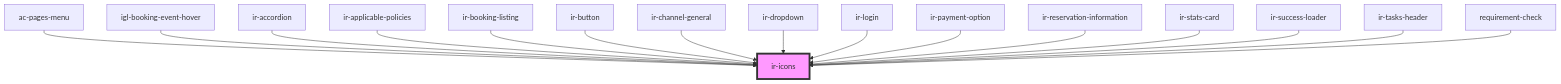
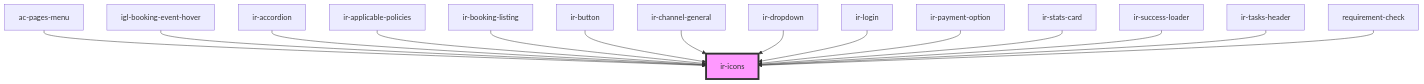
Before and after one commit to David1Chowaifaty/modified-ir-webcmp: the diagram in src/components/ui/ir-icons/readme.md, drawn with Mermaid. The commit also changed other lines of this file and 25 other files, not shown here.

````diff
--- a/src/components/ui/ir-icons/readme.md
+++ b/src/components/ui/ir-icons/readme.md
@@ -36,19 +35,18 @@
 ```mermaid
 graph TD;
   ac-pages-menu --> ir-icons
   igl-booking-event-hover --> ir-icons
   ir-accordion --> ir-icons
   ir-applicable-policies --> ir-icons
   ir-booking-listing --> ir-icons
   ir-button --> ir-icons
   ir-channel-general --> ir-icons
   ir-dropdown --> ir-icons
   ir-login --> ir-icons
   ir-payment-option --> ir-icons
-  ir-reservation-information --> ir-icons
   ir-stats-card --> ir-icons
   ir-success-loader --> ir-icons
   ir-tasks-header --> ir-icons
   requirement-check --> ir-icons
   style ir-icons fill:#f9f,stroke:#333,stroke-width:4px
 ```
````
